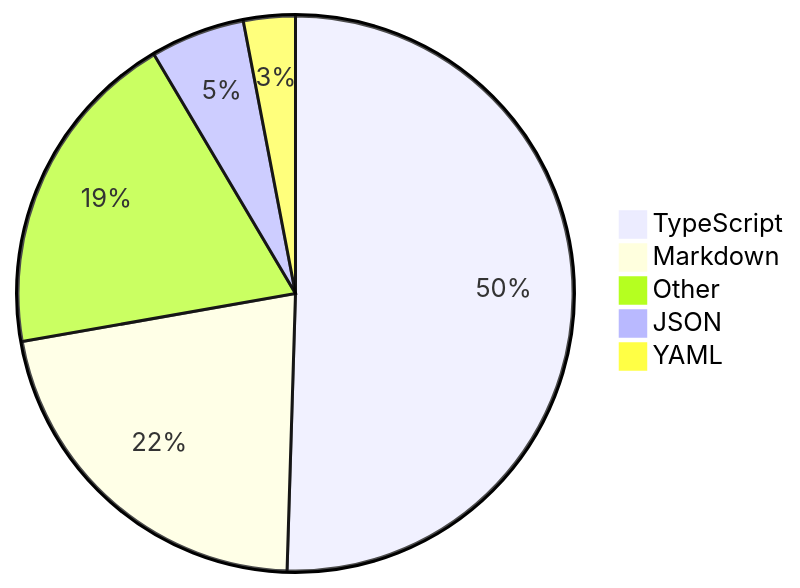
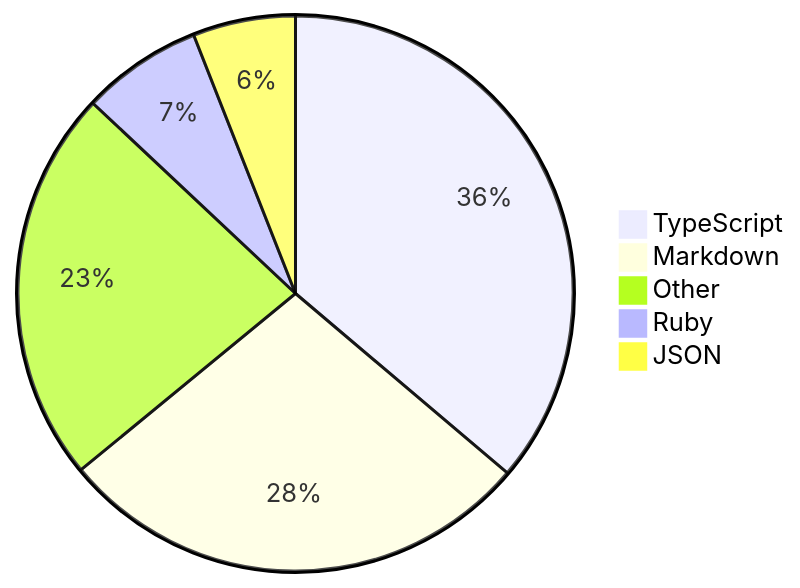
Before and after one commit to skvggor/skvggor: the diagram in README.md, drawn with Mermaid.

Commit message:
Updated waka-readme graph with new metrics

````diff
--- a/README.md
+++ b/README.md
@@ -35,8 +35,8 @@
 ```mermaid
 pie
-    "TypeScript" : 46.9
-    "Markdown" : 20.2
-    "Other" : 17.9
+    "TypeScript" : 30.9
+    "Markdown" : 23.8
+    "Other" : 19.6
+    "Ruby" : 6.0
     "JSON" : 5.1
-    "YAML" : 2.8
 ```
````
